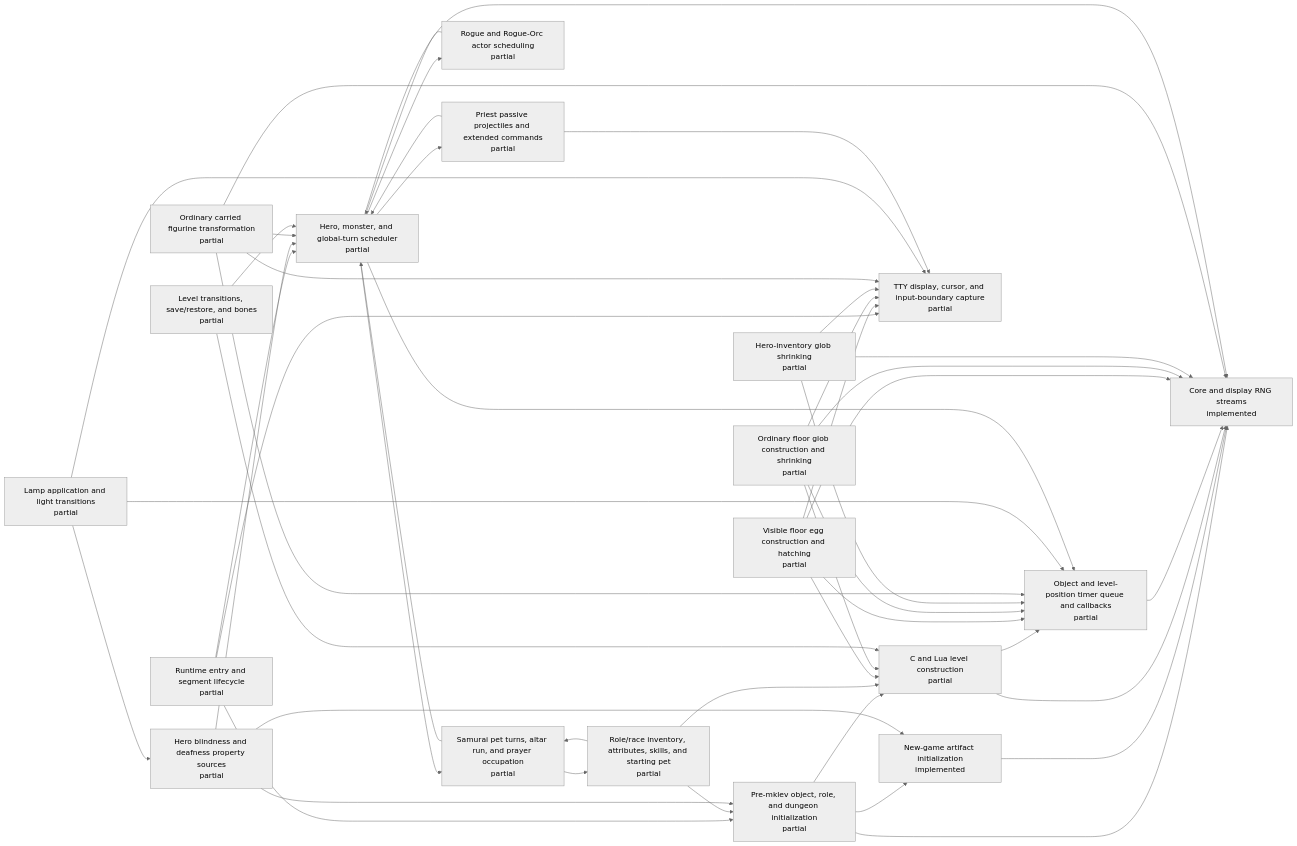
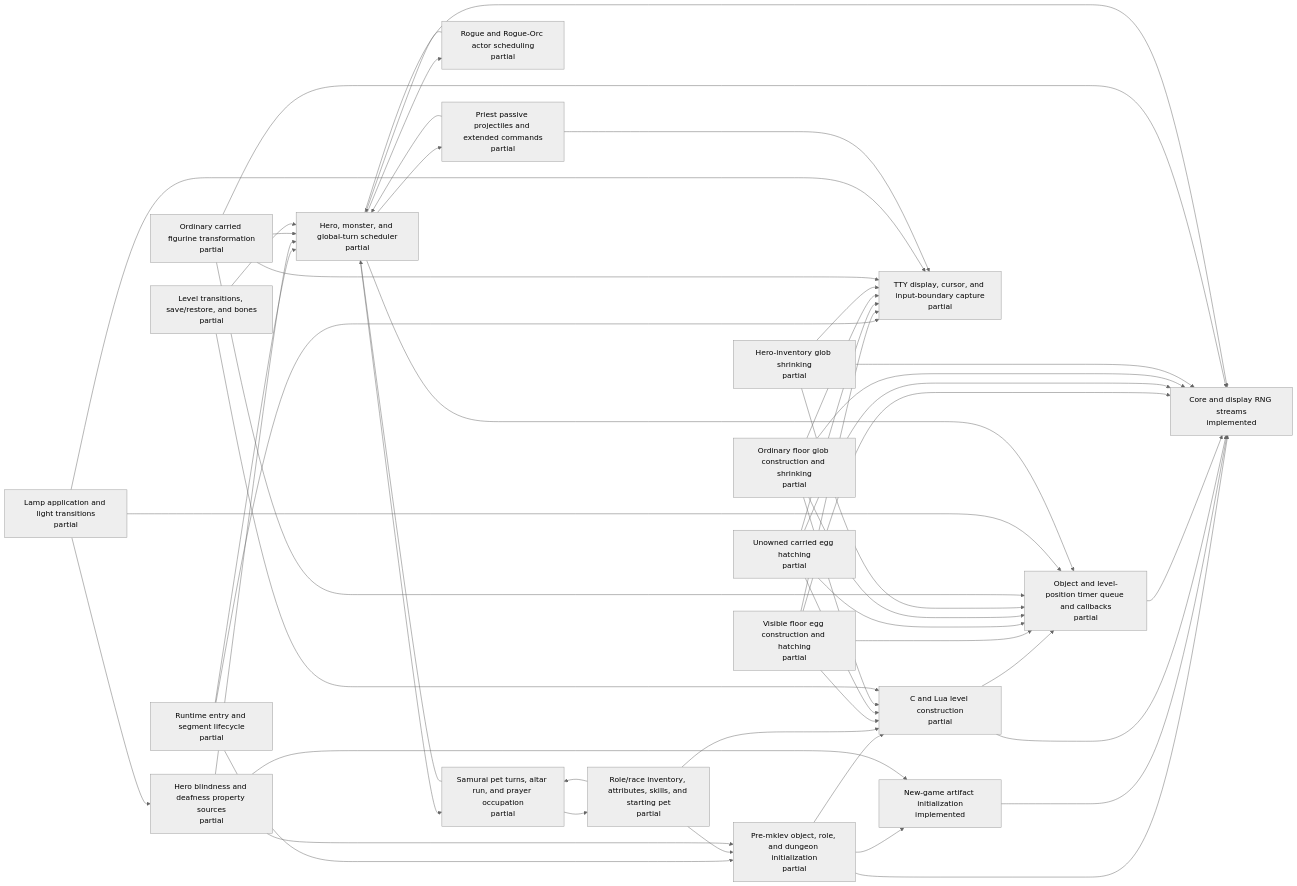
One commit to daoa0601/teleport-contest changed the diagram in docs/architecture/c-lua-ownership.generated.md. Above: the diagram before and after it, drawn with Mermaid (neutral theme). The commit also changed other lines of this file and 3 other files, not shown here.

Commit message:
Record carried egg hatch ownership

````diff
--- a/docs/architecture/c-lua-ownership.generated.md
+++ b/docs/architecture/c-lua-ownership.generated.md
@@ -11,68 +11,73 @@
 ```mermaid
 flowchart LR
     n_runtime_entry["Runtime entry and segment lifecycle<br/>partial"]
     n_rng_core["Core and display RNG streams<br/>implemented"]
     n_startup_pre_mklev["Pre-mklev object, role, and dungeon initialization<br/>partial"]
     n_startup_artifacts["New-game artifact initialization<br/>implemented"]
     n_startup_role_inventory["Role/race inventory, attributes, skills, and starting pet<br/>partial"]
     n_hero_sensory_properties["Hero blindness and deafness property sources<br/>partial"]
     n_level_generation["C and Lua level construction<br/>partial"]
     n_object_timer_queue["Object and level-position timer queue and callbacks<br/>partial"]
     n_floor_egg_hatching["Visible floor egg construction and hatching<br/>partial"]
+    n_carried_egg_hatching["Unowned carried egg hatching<br/>partial"]
     n_floor_glob_shrinking["Ordinary floor glob construction and shrinking<br/>partial"]
     n_inventory_glob_shrinking["Hero-inventory glob shrinking<br/>partial"]
     n_carried_figurine_transform["Ordinary carried figurine transformation<br/>partial"]
     n_timed_lamp_application["Lamp application and light transitions<br/>partial"]
     n_turn_scheduler["Hero, monster, and global-turn scheduler<br/>partial"]
     n_samurai_pet_turns["Samurai pet turns, altar run, and prayer occupation<br/>partial"]
     n_rogue_actor_scheduling["Rogue and Rogue-Orc actor scheduling<br/>partial"]
     n_priest_passive_projectiles["Priest passive projectiles and extended commands<br/>partial"]
     n_tty_display["TTY display, cursor, and input-boundary capture<br/>partial"]
     n_level_transition_persistence["Level transitions, save/restore, and bones<br/>partial"]
     n_runtime_entry --> n_startup_pre_mklev
     n_runtime_entry --> n_turn_scheduler
     n_runtime_entry --> n_tty_display
     n_startup_pre_mklev --> n_rng_core
     n_startup_pre_mklev --> n_startup_artifacts
     n_startup_pre_mklev --> n_level_generation
     n_startup_artifacts --> n_rng_core
     n_startup_role_inventory --> n_startup_pre_mklev
     n_startup_role_inventory --> n_level_generation
     n_startup_role_inventory --> n_samurai_pet_turns
     n_hero_sensory_properties --> n_startup_pre_mklev
     n_hero_sensory_properties --> n_startup_artifacts
     n_hero_sensory_properties --> n_turn_scheduler
     n_level_generation --> n_rng_core
     n_level_generation --> n_object_timer_queue
     n_object_timer_queue --> n_rng_core
     n_floor_egg_hatching --> n_rng_core
     n_floor_egg_hatching --> n_level_generation
     n_floor_egg_hatching --> n_object_timer_queue
     n_floor_egg_hatching --> n_tty_display
+    n_carried_egg_hatching --> n_rng_core
+    n_carried_egg_hatching --> n_level_generation
+    n_carried_egg_hatching --> n_object_timer_queue
+    n_carried_egg_hatching --> n_tty_display
     n_floor_glob_shrinking --> n_rng_core
     n_floor_glob_shrinking --> n_level_generation
     n_floor_glob_shrinking --> n_object_timer_queue
     n_floor_glob_shrinking --> n_tty_display
     n_inventory_glob_shrinking --> n_rng_core
     n_inventory_glob_shrinking --> n_object_timer_queue
     n_inventory_glob_shrinking --> n_tty_display
     n_carried_figurine_transform --> n_rng_core
     n_carried_figurine_transform --> n_object_timer_queue
     n_carried_figurine_transform --> n_turn_scheduler
     n_carried_figurine_transform --> n_tty_display
     n_timed_lamp_application --> n_object_timer_queue
     n_timed_lamp_application --> n_hero_sensory_properties
     n_timed_lamp_application --> n_tty_display
     n_turn_scheduler --> n_rng_core
     n_turn_scheduler --> n_object_timer_queue
     n_turn_scheduler --> n_samurai_pet_turns
     n_turn_scheduler --> n_rogue_actor_scheduling
     n_turn_scheduler --> n_priest_passive_projectiles
     n_samurai_pet_turns --> n_turn_scheduler
     n_samurai_pet_turns --> n_startup_role_inventory
     n_rogue_actor_scheduling --> n_turn_scheduler
     n_priest_passive_projectiles --> n_turn_scheduler
     n_priest_passive_projectiles --> n_tty_display
     n_level_transition_persistence --> n_level_generation
     n_level_transition_persistence --> n_turn_scheduler
 ```
````
